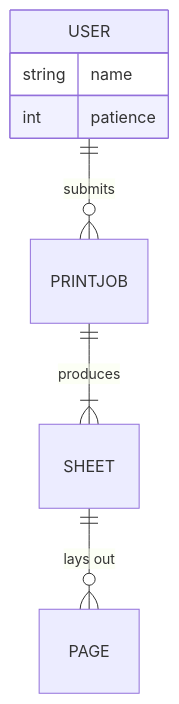
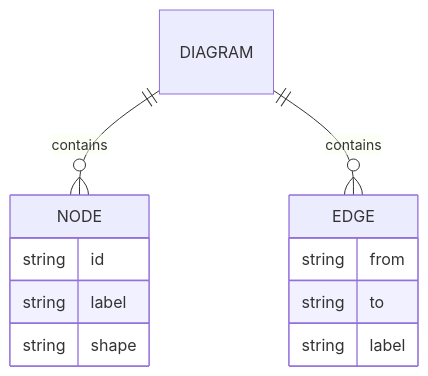
Before and after one commit to nullean/mermaider: the fifth of 27 diagrams in tests/Mermaider.Tests/Fixtures/mermaid.md, drawn with Mermaid. The commit also changed other lines of this file, not shown here.

Commit message:
Rewrite mermaid.md fixture to be Mermaider-focused, remove WinPrint references

````diff
--- a/tests/Mermaider.Tests/Fixtures/mermaid.md
+++ b/tests/Mermaider.Tests/Fixtures/mermaid.md
@@ -105,10 +68,15 @@
 ```mermaid
 erDiagram
-    USER ||--o{ PRINTJOB : submits
-    PRINTJOB ||--|{ SHEET : produces
-    SHEET ||--o{ PAGE : "lays out"
-    USER {
-        string name
-        int patience
+    DIAGRAM ||--o{ NODE : contains
+    DIAGRAM ||--o{ EDGE : contains
+    NODE {
+        string id
+        string label
+        string shape
+    }
+    EDGE {
+        string from
+        string to
+        string label
     }
 ```
````
